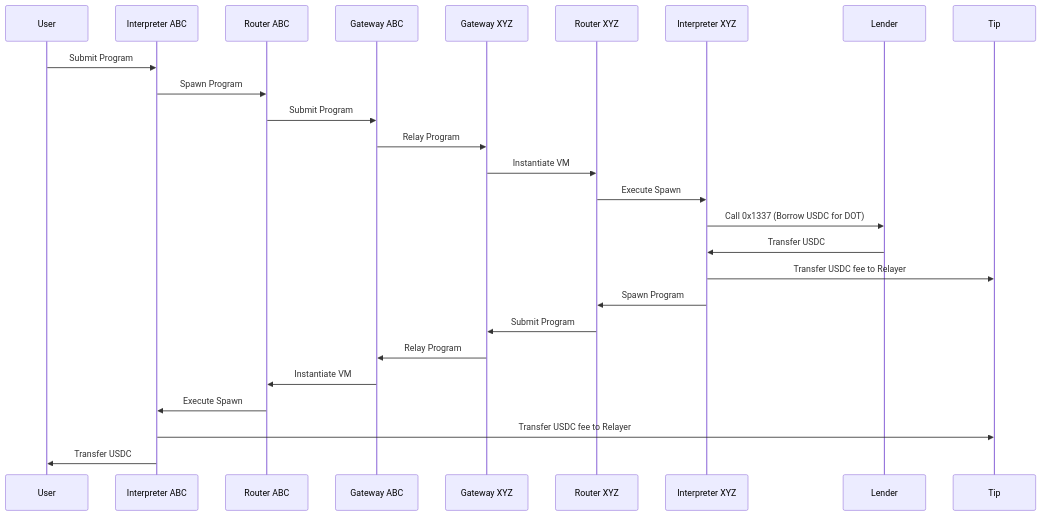
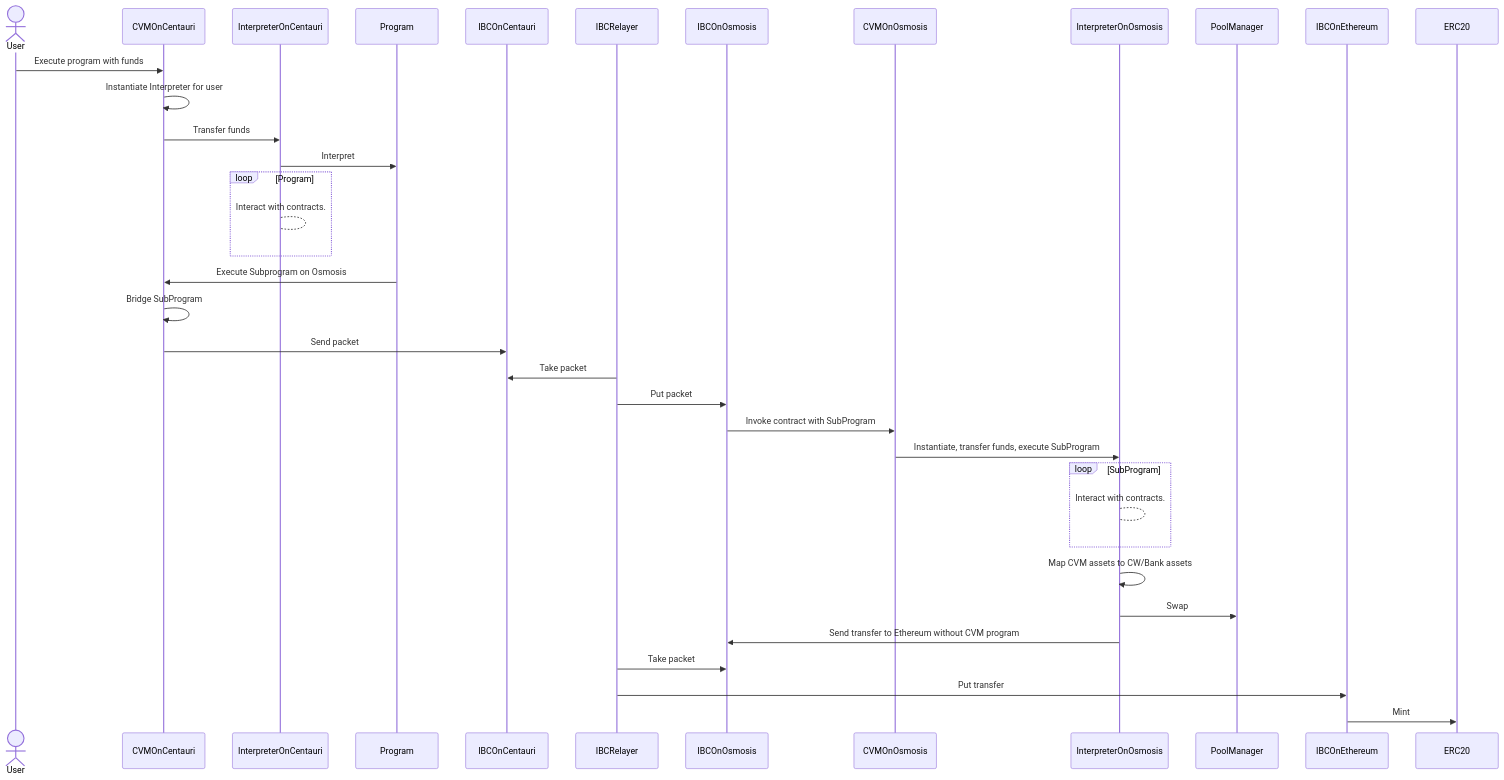
One commit to ComposableFi/composable changed the third of 3 diagrams in code/xcvm/semantic.md. Above: the diagram before and after it, drawn with Mermaid. The commit also changed other lines of this file and 57 other files, not shown here.

````diff
--- a/code/xcvm/semantic.md
+++ b/code/xcvm/semantic.md
@@ -514,19 +327,27 @@
 ```mermaid
 sequenceDiagram
-    User->>Interpreter ABC: Submit Program
-    Interpreter ABC->>Router ABC: Spawn Program
-    Router ABC->>Gateway ABC: Submit Program
-    Gateway ABC->>Gateway XYZ: Relay Program
-    Gateway XYZ->>Router XYZ: Instantiate VM
-    Router XYZ->>Interpreter XYZ: Execute Spawn
-    Interpreter XYZ->>Lender: Call 0x1337 (Borrow USDC for DOT)
-    Lender->>Interpreter XYZ: Transfer USDC
-    Interpreter XYZ->>Tip: Transfer USDC fee to Relayer
-    Interpreter XYZ->>Router XYZ: Spawn Program
-    Router XYZ->>Gateway XYZ: Submit Program
-    Gateway XYZ->>Gateway ABC: Relay Program
-    Gateway ABC->>Router ABC: Instantiate VM
-    Router ABC->>Interpreter ABC: Execute Spawn
-    Interpreter ABC->>Tip: Transfer USDC fee to Relayer
-    Interpreter ABC->>User: Transfer USDC
+   actor User
+   User ->>CVMOnCentauri : Execute program with funds
+   CVMOnCentauri ->> CVMOnCentauri: Instantiate Interpreter for user
+   CVMOnCentauri ->> InterpreterOnCentauri : Transfer funds
+   InterpreterOnCentauri ->> Program : Interpret 
+   loop Program
+        InterpreterOnCentauri-->InterpreterOnCentauri: Interact with contracts.
+   end
+   Program ->> CVMOnCentauri : Execute Subprogram on Osmosis
+   CVMOnCentauri ->> CVMOnCentauri: Bridge SubProgram
+   CVMOnCentauri ->> IBCOnCentauri: Send packet
+   IBCRelayer ->>  IBCOnCentauri: Take packet
+   IBCRelayer ->> IBCOnOsmosis: Put packet
+   IBCOnOsmosis ->> CVMOnOsmosis: Invoke contract with SubProgram
+   CVMOnOsmosis ->> InterpreterOnOsmosis: Instantiate, transfer funds, execute SubProgram
+   loop SubProgram
+        InterpreterOnOsmosis-->InterpreterOnOsmosis: Interact with contracts.
+   end
+   InterpreterOnOsmosis ->> InterpreterOnOsmosis: Map CVM assets to CW/Bank assets
+   InterpreterOnOsmosis ->> PoolManager : Swap
+   InterpreterOnOsmosis ->> IBCOnOsmosis : Send transfer to Ethereum without CVM program
+   IBCRelayer ->> IBCOnOsmosis: Take packet 
+   IBCRelayer ->> IBCOnEthereum: Put transfer
+   IBCOnEthereum ->> ERC20: Mint 
 ```
````
